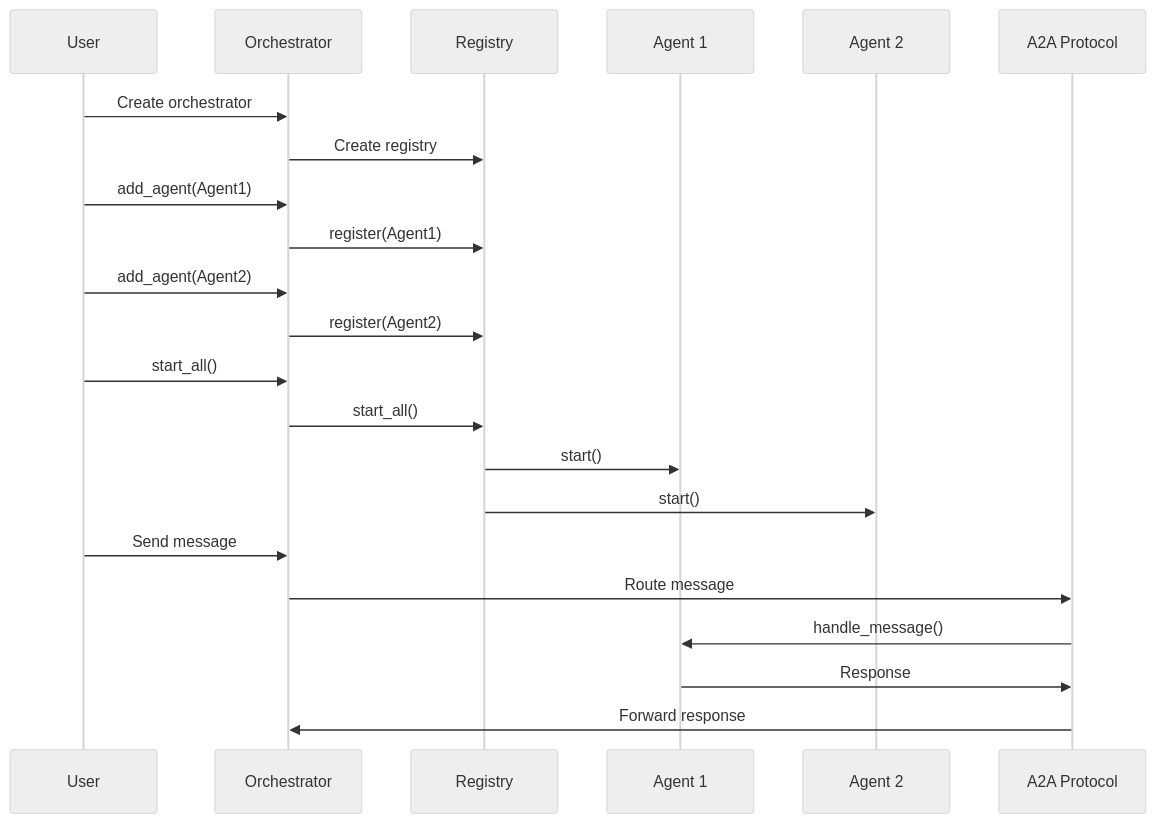
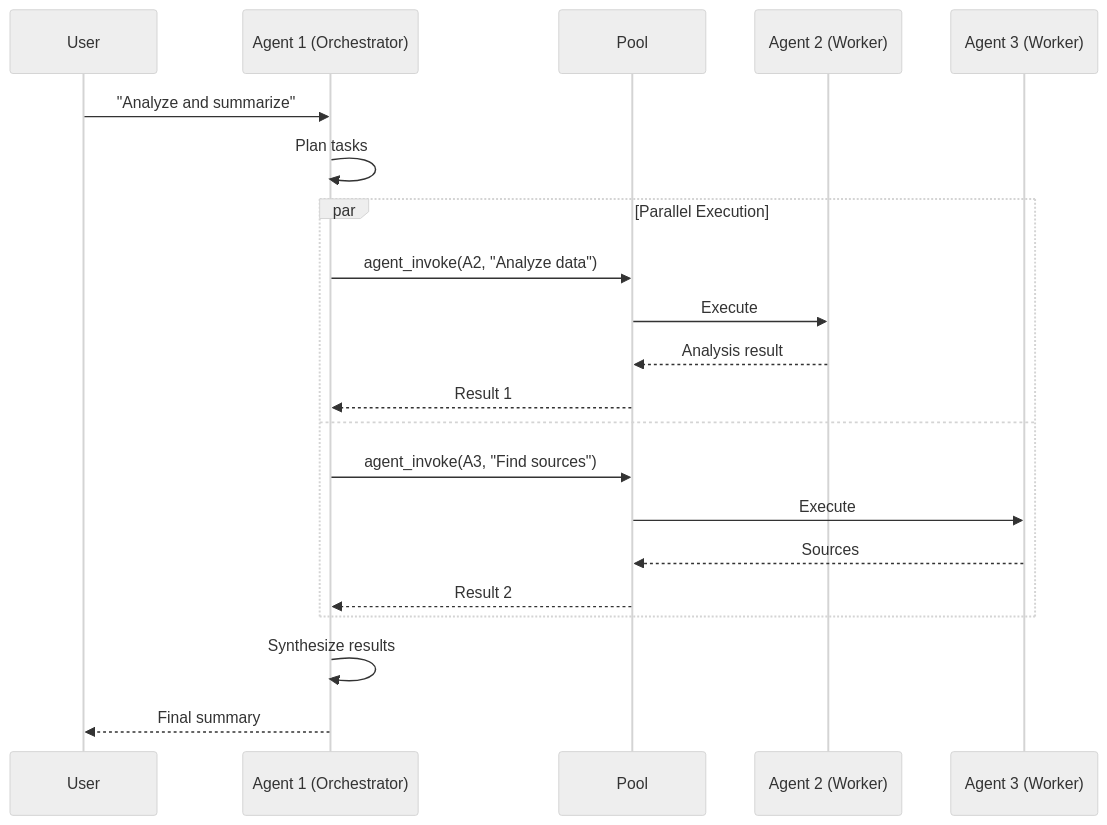
One commit to ConekoAI/peko-runtime changed the eighth of 9 diagrams in docs/dev/ARCHITECTURE.md. Above: the diagram before and after it, drawn with Mermaid (neutral theme). The commit also changed other lines of this file and 1 other file, not shown here.

First line of the commit message:
docs: Update documentation to reflect current architecture

````diff
--- a/docs/dev/ARCHITECTURE.md
+++ b/docs/dev/ARCHITECTURE.md
@@ -111,29 +267,27 @@
 ```mermaid
 sequenceDiagram
     participant User
-    participant Orchestrator
-    participant Registry
-    participant Agent1 as Agent 1
-    participant Agent2 as Agent 2
-    participant A2A as A2A Protocol
+    participant A1 as Agent 1 (Orchestrator)
+    participant Pool
+    participant A2 as Agent 2 (Worker)
+    participant A3 as Agent 3 (Worker)
 
-    User->>Orchestrator: Create orchestrator
-    Orchestrator->>Registry: Create registry
+    User->>A1: "Analyze and summarize"
     
-    User->>Orchestrator: add_agent(Agent1)
-    Orchestrator->>Registry: register(Agent1)
+    A1->>A1: Plan tasks
     
-    User->>Orchestrator: add_agent(Agent2)
-    Orchestrator->>Registry: register(Agent2)
+    par Parallel Execution
+        A1->>Pool: agent_invoke(A2, "Analyze data")
+        Pool->>A2: Execute
+        A2-->>Pool: Analysis result
+        Pool-->>A1: Result 1
+    and
+        A1->>Pool: agent_invoke(A3, "Find sources")
+        Pool->>A3: Execute
+        A3-->>Pool: Sources
+        Pool-->>A1: Result 2
+    end
     
-    User->>Orchestrator: start_all()
-    Orchestrator->>Registry: start_all()
-    Registry->>Agent1: start()
-    Registry->>Agent2: start()
-    
-    User->>Orchestrator: Send message
-    Orchestrator->>A2A: Route message
-    A2A->>Agent1: handle_message()
-    Agent1->>A2A: Response
-    A2A->>Orchestrator: Forward response
+    A1->>A1: Synthesize results
+    A1-->>User: Final summary
 ```
````
